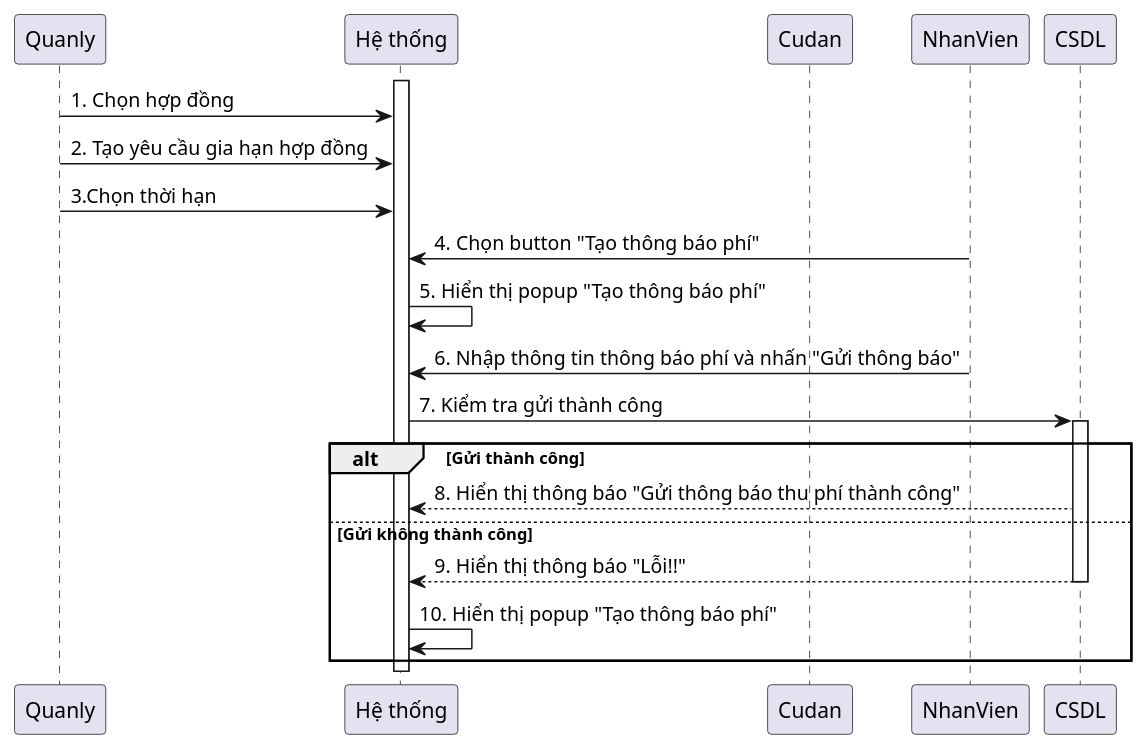
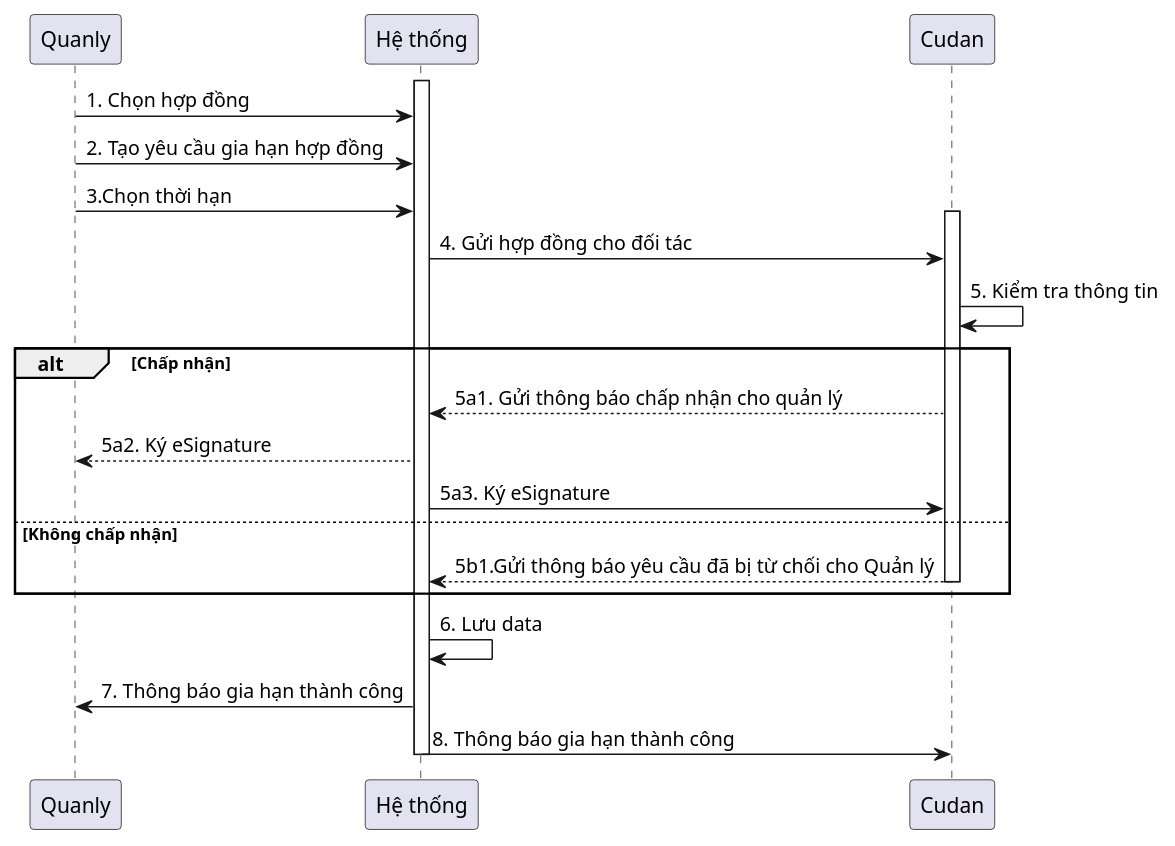
The diagram in Lab1/Lab1.2/Sequence Diagram/Gia hạn hợp đồng.plantuml (QuickyBooster/SE357-Pratice-class), drawn with PlantUML before and after one commit.

Commit message:
thuyduongupdate sequence

```diff
--- a/Lab1/Lab1.2/Sequence Diagram/Gia hạn hợp đồng.plantuml
+++ b/Lab1/Lab1.2/Sequence Diagram/Gia hạn hợp đồng.plantuml
@@ -1,30 +1,32 @@
 @startuml
 
 participant Quanly
 
 participant "Hệ thống" as System
 participant Cudan
 
 
 activate System
 Quanly -> System: 1. Chọn hợp đồng
 Quanly -> System: 2. Tạo yêu cầu gia hạn hợp đồng
 Quanly -> System: 3.Chọn thời hạn
-NhanVien -> System: 4. Chọn button "Tạo thông báo phí"
-System -> System: 5. Hiển thị popup "Tạo thông báo phí"
-NhanVien -> System: 6. Nhập thông tin thông báo phí và nhấn "Gửi thông báo"
-System -> CSDL: 7. Kiểm tra gửi thành công
+activate Cudan
+System -> Cudan: 4. Gửi hợp đồng cho đối tác
+Cudan -> Cudan: 5. Kiểm tra thông tin
 
-alt Gửi thành công
-activate CSDL
-     CSDL --> System: 8. Hiển thị thông báo "Gửi thông báo thu phí thành công" 
+alt Chấp nhận
+Cudan --> System: 5a1. Gửi thông báo chấp nhận cho quản lý
+System--> Quanly: 5a2. Ký eSignature
 
+System-> Cudan: 5a3. Ký eSignature
 
-else Gửi không thành công 
-    CSDL --> System: 9. Hiển thị thông báo "Lỗi!!"
-    deactivate CSDL 
-    System -> System: 10. Hiển thị popup "Tạo thông báo phí"
+else Không chấp nhận
+    Cudan --> System: 5b1.Gửi thông báo yêu cầu đã bị từ chối cho Quản lý
+    deactivate Cudan
 end
+System -> System: 6. Lưu data
+System -> Quanly: 7. Thông báo gia hạn thành công
 
+System -> Cudan: 8. Thông báo gia hạn thành công
 deactivate System
 @enduml
```
